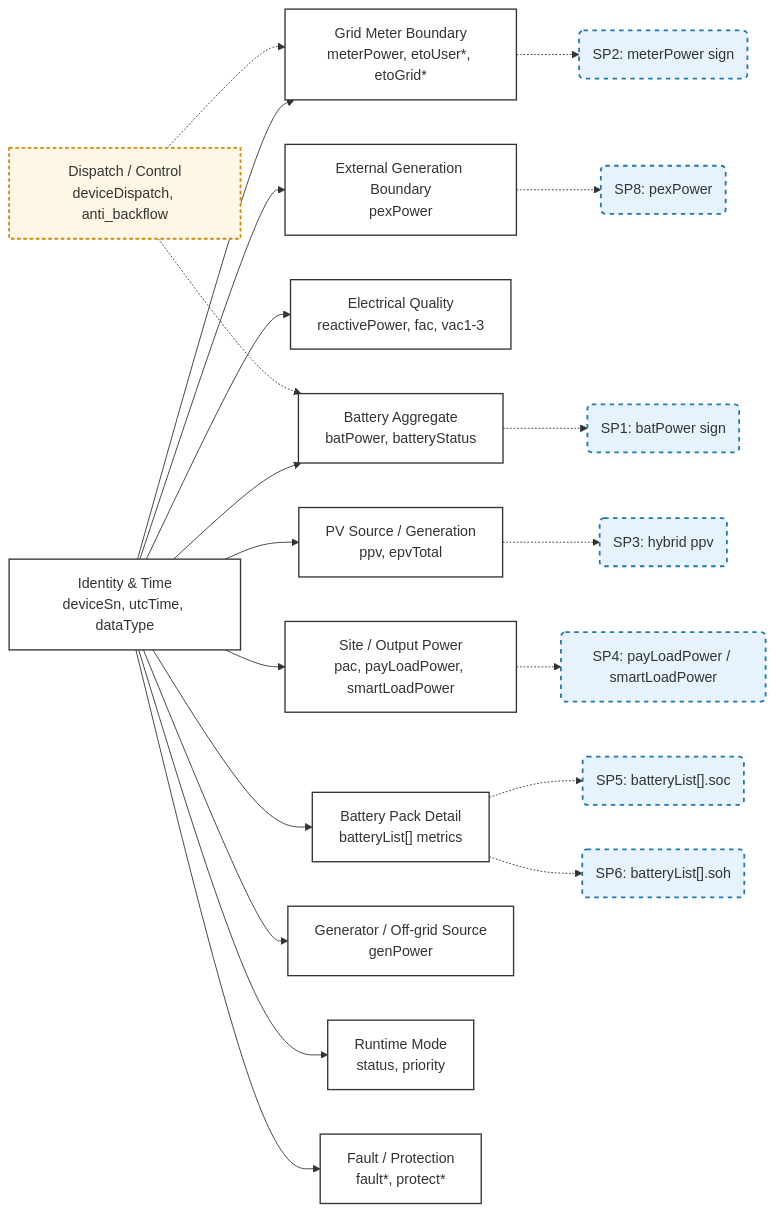
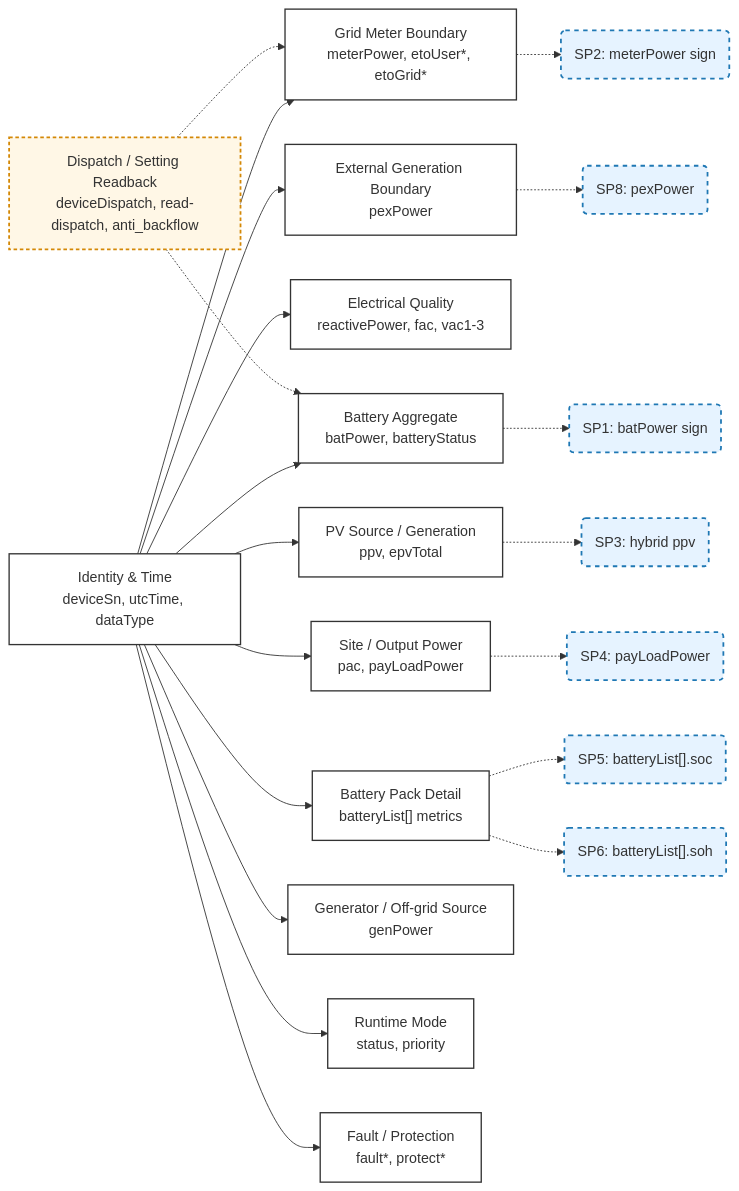
One commit to EugeneJian/growatt-unified-api changed the sixth of 8 diagrams in Growatt API/OPENAPI/13_ess_semantic_model.md. Above: the diagram before and after it, drawn with Mermaid. The commit also changed other lines of this file and 2 other files, not shown here.

Commit message:
Clarify SP7 as dispatch setting readback

````diff
--- a/Growatt API/OPENAPI/13_ess_semantic_model.md
+++ b/Growatt API/OPENAPI/13_ess_semantic_model.md
@@ -326,53 +323,53 @@
 ```mermaid
 flowchart LR
 
     classDef block fill:#ffffff,stroke:#333,stroke-width:1.5px;
     classDef semantic fill:#e6f3ff,stroke:#1f78b4,stroke-width:2px,stroke-dasharray: 5 5;
     classDef dispatch fill:#fff7e6,stroke:#d48806,stroke-width:2px,stroke-dasharray: 4 3;
 
     Meta["Identity & Time<br/>deviceSn, utcTime, dataType"]
     GridMeterBlock["Grid Meter Boundary<br/>meterPower, etoUser*, etoGrid*"]
     ExternalGenerationBlock["External Generation Boundary<br/>pexPower"]
     Electrical["Electrical Quality<br/>reactivePower, fac, vac1-3"]
     PVBlock["PV Source / Generation<br/>ppv, epvTotal"]
-    SiteBlock["Site / Output Power<br/>pac, payLoadPower, smartLoadPower"]
+    SiteBlock["Site / Output Power<br/>pac, payLoadPower"]
     BatteryAgg["Battery Aggregate<br/>batPower, batteryStatus"]
     BatteryPack["Battery Pack Detail<br/>batteryList[] metrics"]
     GeneratorBlock["Generator / Off-grid Source<br/>genPower"]
     Runtime["Runtime Mode<br/>status, priority"]
     Fault["Fault / Protection<br/>fault*, protect*"]
 
     SP1("SP1: batPower sign")
     SP2("SP2: meterPower sign")
     SP3("SP3: hybrid ppv")
-    SP4("SP4: payLoadPower / smartLoadPower")
+    SP4("SP4: payLoadPower")
     SP5("SP5: batteryList[].soc")
     SP6("SP6: batteryList[].soh")
     SP8("SP8: pexPower")
-    Dispatch["Dispatch / Control<br/>deviceDispatch, anti_backflow"]
+    Dispatch["Dispatch / Setting Readback<br/>deviceDispatch, read-dispatch, anti_backflow"]
 
     Meta --> GridMeterBlock
     Meta --> ExternalGenerationBlock
     Meta --> Electrical
     Meta --> PVBlock
     Meta --> SiteBlock
     Meta --> BatteryAgg
     Meta --> BatteryPack
     Meta --> GeneratorBlock
     Meta --> Runtime
     Meta --> Fault
 
     GridMeterBlock -.-> SP2
     ExternalGenerationBlock -.-> SP8
     PVBlock -.-> SP3
     SiteBlock -.-> SP4
     BatteryAgg -.-> SP1
     BatteryPack -.-> SP5
     BatteryPack -.-> SP6
     Dispatch -.-> BatteryAgg
     Dispatch -.-> GridMeterBlock
 
     class Meta,GridMeterBlock,ExternalGenerationBlock,Electrical,PVBlock,SiteBlock,BatteryAgg,BatteryPack,GeneratorBlock,Runtime,Fault block;
     class SP1,SP2,SP3,SP4,SP5,SP6,SP8 semantic;
     class Dispatch dispatch;
 ```
````
